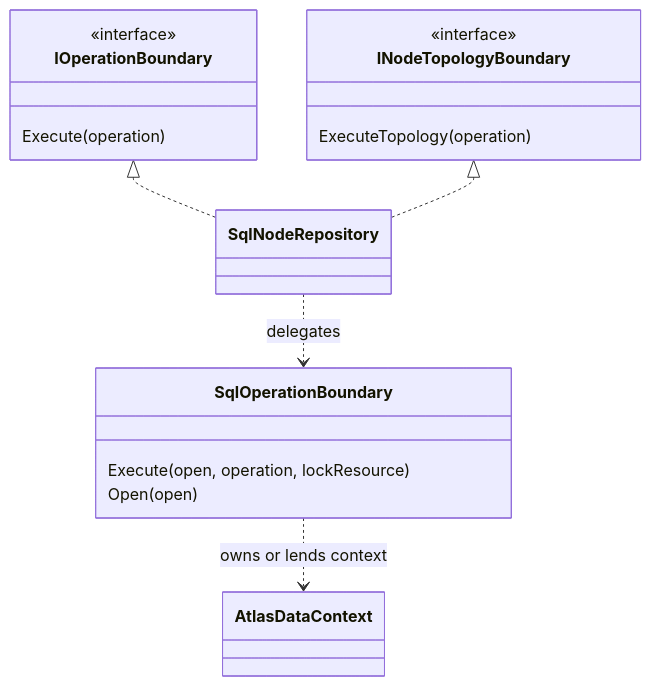
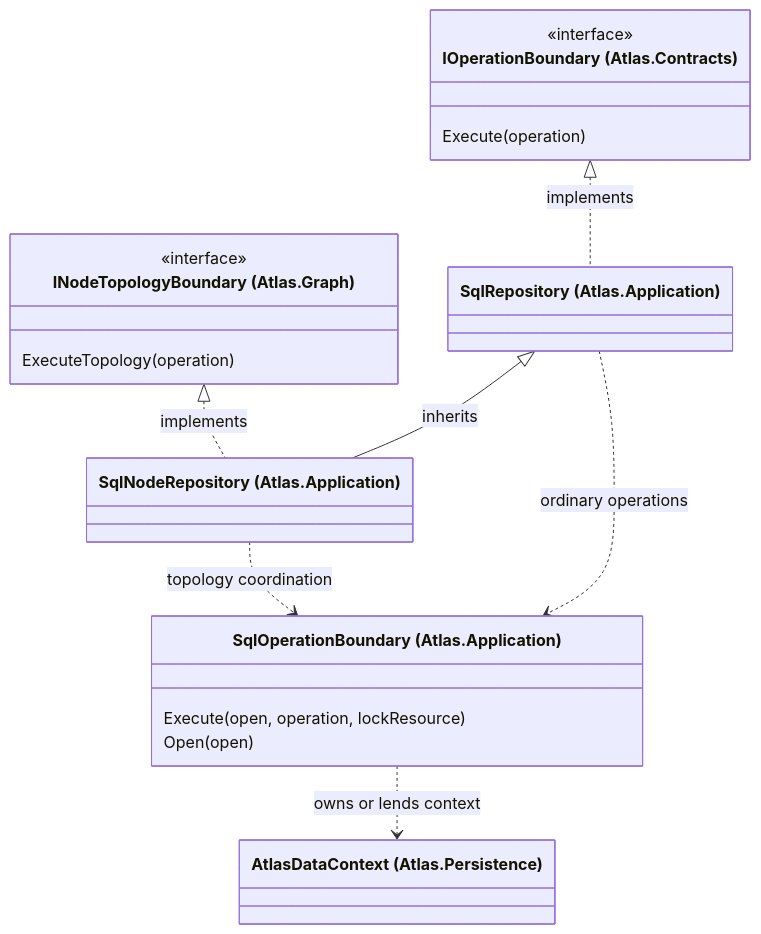
The first of 3 diagrams in docs/architecture/diagrams/TRANSACTIONS-AND-EVENTS.md (williamowen65/atlas-the-public-think-tank), drawn with Mermaid before and after one commit. The commit also changed other lines of this file, not shown here.

Commit message:
docs: explain boundary ownership, UML arrows and topology locking

````diff
--- a/docs/architecture/diagrams/TRANSACTIONS-AND-EVENTS.md
+++ b/docs/architecture/diagrams/TRANSACTIONS-AND-EVENTS.md
@@ -7,22 +11,25 @@
 ```mermaid
 classDiagram
     direction TB
-    class IOperationBoundary {
+    class IOperationBoundary["IOperationBoundary (Atlas.Contracts)"] {
         <<interface>>
         Execute(operation)
     }
-    class INodeTopologyBoundary {
+    class INodeTopologyBoundary["INodeTopologyBoundary (Atlas.Graph)"] {
         <<interface>>
         ExecuteTopology(operation)
     }
-    class SqlNodeRepository
-    class SqlOperationBoundary {
+    class SqlRepository["SqlRepository (Atlas.Application)"]
+    class SqlNodeRepository["SqlNodeRepository (Atlas.Application)"]
+    class SqlOperationBoundary["SqlOperationBoundary (Atlas.Application)"] {
         Execute(open, operation, lockResource)
         Open(open)
     }
-    class AtlasDataContext
-    IOperationBoundary <|.. SqlNodeRepository
-    INodeTopologyBoundary <|.. SqlNodeRepository
-    SqlNodeRepository ..> SqlOperationBoundary : delegates
+    class AtlasDataContext["AtlasDataContext (Atlas.Persistence)"]
+    IOperationBoundary <|.. SqlRepository : implements
+    SqlRepository <|-- SqlNodeRepository : inherits
+    INodeTopologyBoundary <|.. SqlNodeRepository : implements
+    SqlNodeRepository ..> SqlOperationBoundary : topology coordination
+    SqlRepository ..> SqlOperationBoundary : ordinary operations
     SqlOperationBoundary ..> AtlasDataContext : owns or lends context
 ```
````
